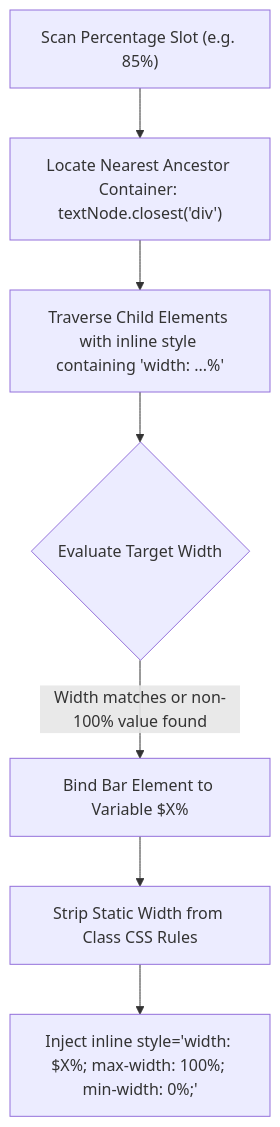
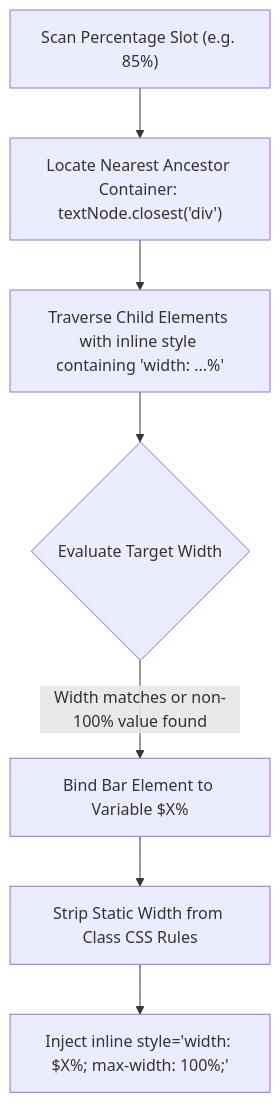
Before and after one commit to jadesolju/Snippet-Studio: the third of 7 diagrams in RUBII_CODE_STUDY_AND_ARCHITECTURE_RESEARCH.md, drawn with Mermaid. The commit also changed other lines of this file and 8 other files, not shown here.

````diff
--- a/RUBII_CODE_STUDY_AND_ARCHITECTURE_RESEARCH.md
+++ b/RUBII_CODE_STUDY_AND_ARCHITECTURE_RESEARCH.md
@@ -155,9 +153,9 @@
 ```mermaid
 flowchart TD
     A["Scan Percentage Slot (e.g. 85%)"] --> B["Locate Nearest Ancestor Container: textNode.closest('div')"]
     B --> C["Traverse Child Elements with inline style containing 'width: ...%'"]
     C --> D{"Evaluate Target Width"}
     D -->|"Width matches or non-100% value found"| E["Bind Bar Element to Variable $X%"]
     E --> F["Strip Static Width from Class CSS Rules"]
-    F --> G["Inject inline style='width: $X%; max-width: 100%; min-width: 0%;'"]
+    F --> G["Inject inline style='width: $X%; max-width: 100%;'"]
 ```
````
